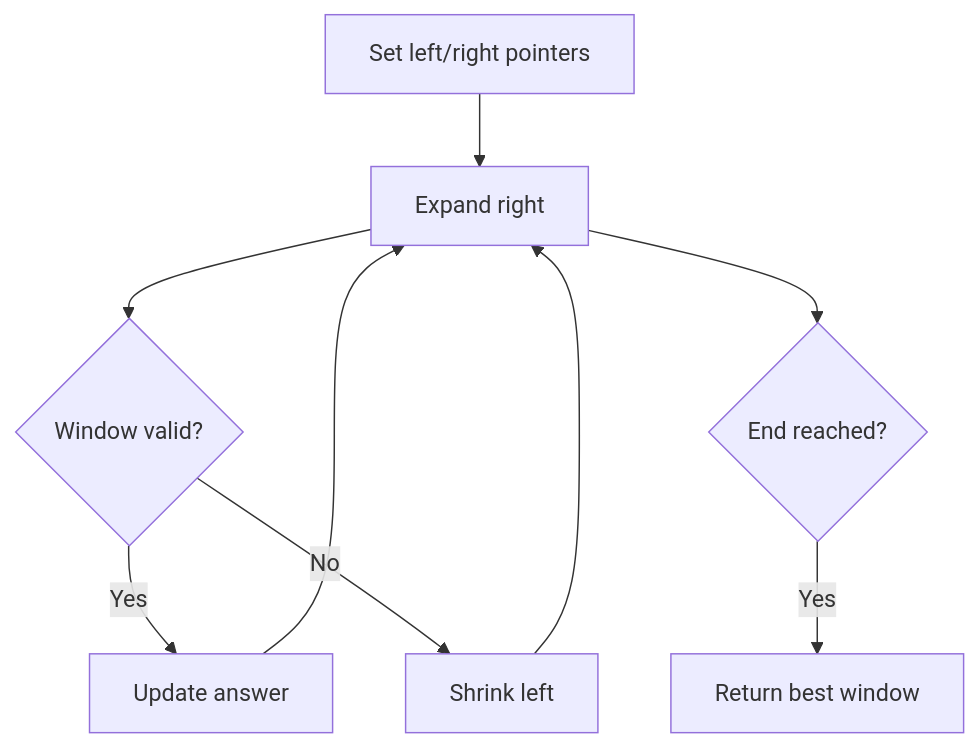
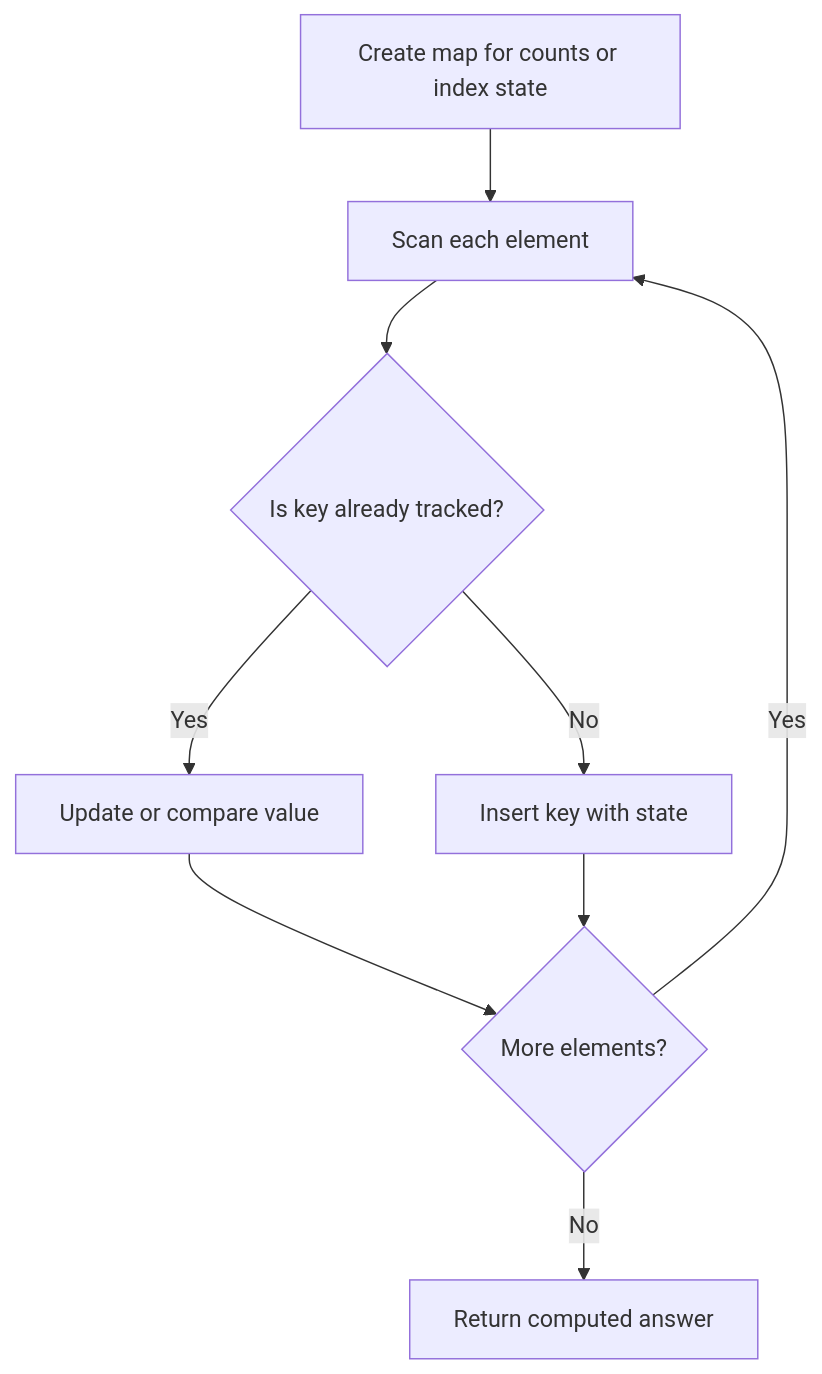
One commit to keshav-poojary/Leetcode changed the diagram in NeetCode-Submissions/03.sliding-window/02.longest-substring-without-repeating-substring/readme.md. Above: the diagram before and after it, drawn with Mermaid. The commit also changed 105 other files, not shown here.

Commit message:
Add NeetCode README docs with mermaid diagrams

````diff
--- a/NeetCode-Submissions/03.sliding-window/02.longest-substring-without-repeating-substring/readme.md
+++ b/NeetCode-Submissions/03.sliding-window/02.longest-substring-without-repeating-substring/readme.md
@@ -34,11 +34,11 @@
 ```mermaid
 flowchart TD
-    A[Set left/right pointers] --> B[Expand right]
-    B --> C{Window valid?}
-    C -- Yes --> D[Update answer]
-    C -- No --> E[Shrink left]
-    D --> B
-    E --> B
-    B --> F{End reached?}
-    F -- Yes --> G[Return best window]
+    A[Create map for counts or index state] --> B[Scan each element]
+    B --> C{Is key already tracked?}
+    C -- Yes --> D[Update or compare value]
+    C -- No --> E[Insert key with state]
+    D --> F{More elements?}
+    E --> F
+    F -- Yes --> B
+    F -- No --> G[Return computed answer]
 ```
````
